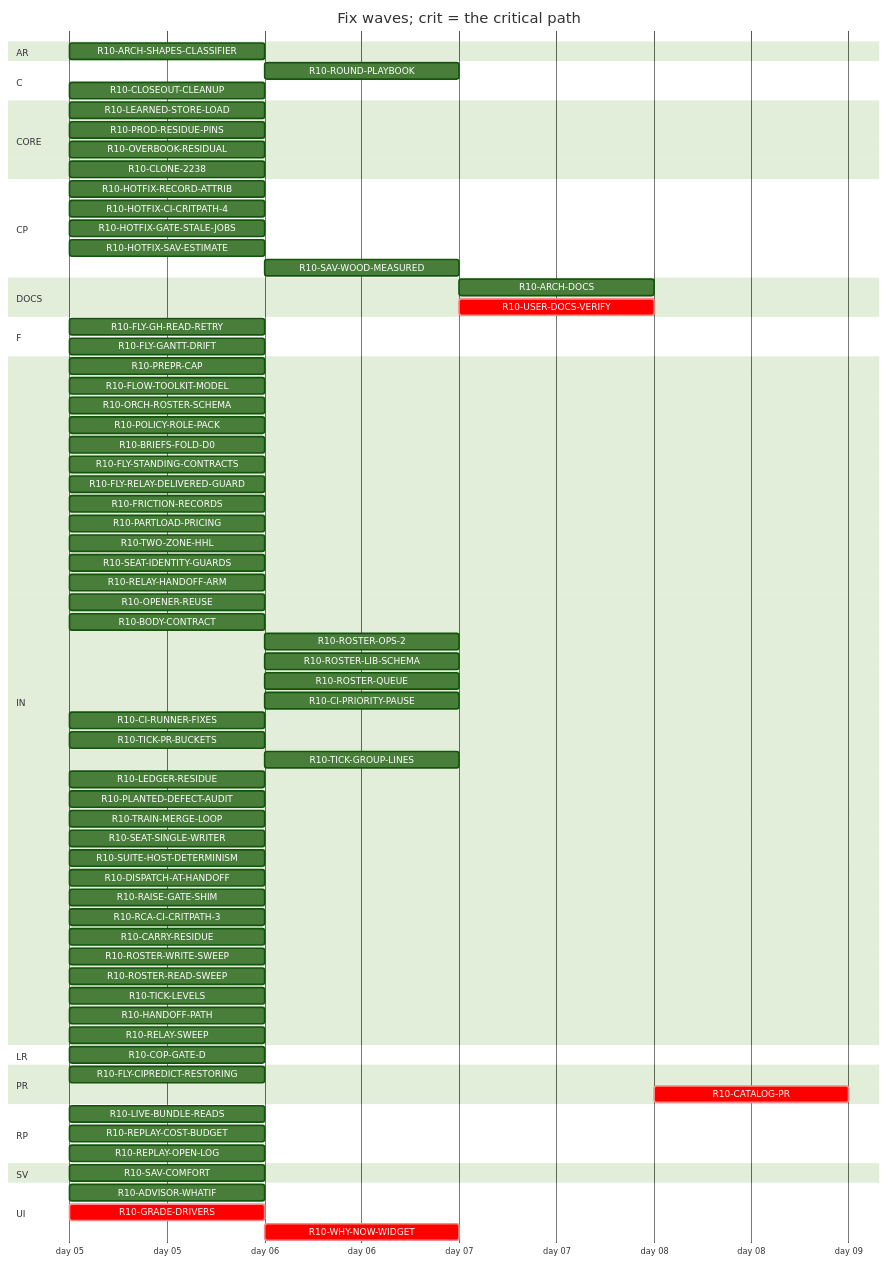
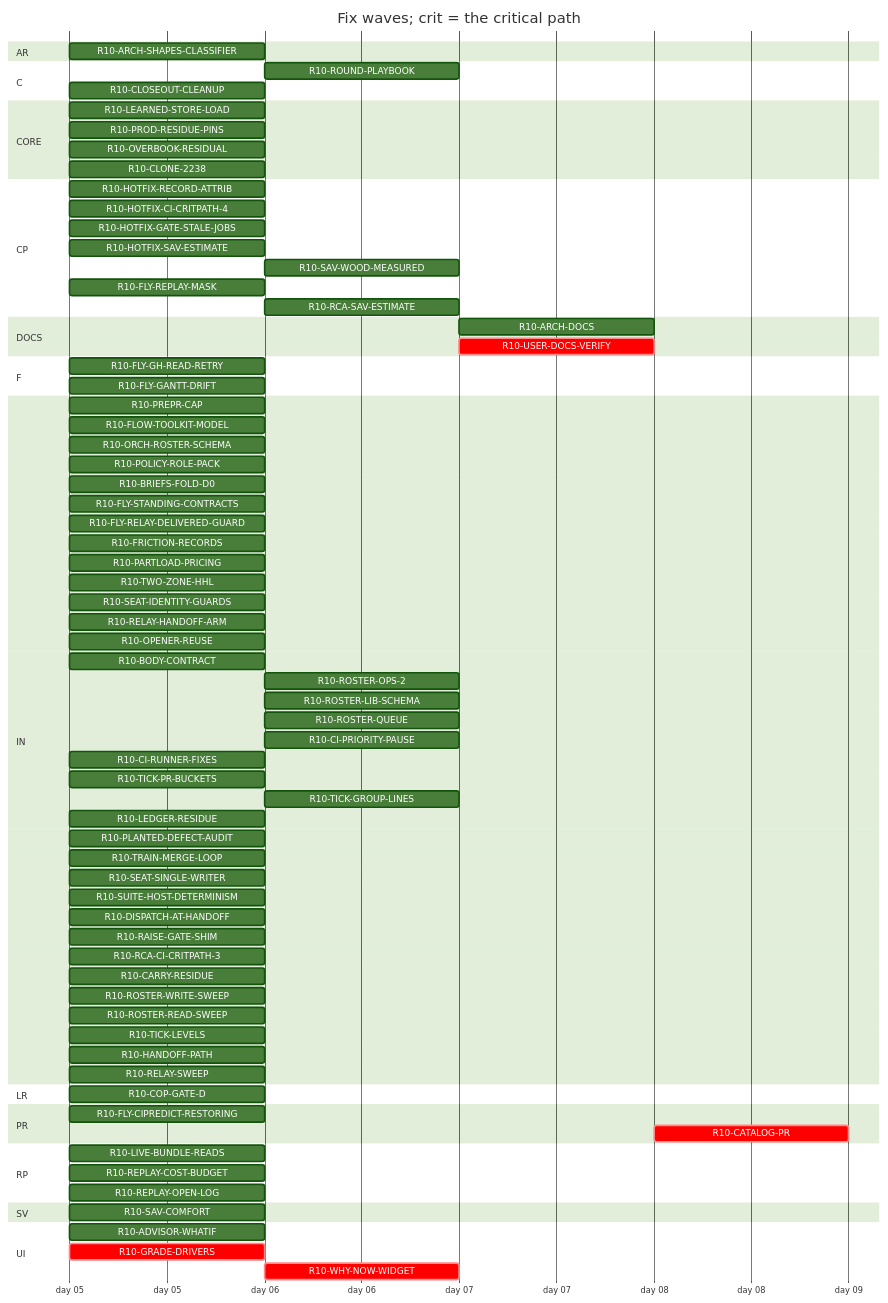
Before and after one commit to tvofi/heatpump_optimizer: the diagram in handoff/round10/state/PLAN-TABLE.md, drawn with Mermaid (forest theme). The commit also changed other lines of this file and 4 other files, not shown here.

Commit message:
state: FLOW-BOARD.md, NEXT-SESSION-PROMPT.md, PLAN-TABLE.md, PLAN.html, RESUME-CURRENT.md regenerated (state_docs.py)

````diff
--- a/handoff/round10/state/PLAN-TABLE.md
+++ b/handoff/round10/state/PLAN-TABLE.md
@@ -25,79 +25,81 @@
 ```mermaid
 gantt
   title Fix waves; crit = the critical path
   dateFormat YYYY-MM-DD
   axisFormat day %d
   section AR
     R10-ARCH-SHAPES-CLASSIFIER :r10ARCHSHAPESCLASSIFIER, 2026-01-05, 1d
   section C
     R10-ROUND-PLAYBOOK :r10ROUNDPLAYBOOK, after r10PREPRCAP r10HANDOFFPATH r10RELAYSWEEP r10TRAINMERGELOOP r10DISPATCHATHANDOFF r10BODYCONTRACT r10TICKLEVELS r10CIPRIORITYPAUSE r10ROSTERWRITESWEEP r10ROSTERREADSWEEP r10FLYSTANDINGCONTRACTS r10POLICYROLEPACK r10FRICTIONRECORDS r10FLOWTOOLKITMODEL r10SEATIDENTITYGUARDS r10LEDGERRESIDUE r10CIRUNNERFIXES r10FLYCIPREDICTRESTORING r10RAISEGATESHIM r10PLANTEDDEFECTAUDIT r10FLYGHREADRETRY r10SUITEHOSTDETERMINISM, 1d
     R10-CLOSEOUT-CLEANUP :r10CLOSEOUTCLEANUP, 2026-01-05, 1d
   section CORE
     R10-LEARNED-STORE-LOAD :r10LEARNEDSTORELOAD, 2026-01-05, 1d
     R10-PROD-RESIDUE-PINS :r10PRODRESIDUEPINS, 2026-01-05, 1d
     R10-OVERBOOK-RESIDUAL :r10OVERBOOKRESIDUAL, 2026-01-05, 1d
     R10-CLONE-2238 :r10CLONE2238, 2026-01-05, 1d
   section CP
     R10-HOTFIX-RECORD-ATTRIB :r10HOTFIXRECORDATTRIB, 2026-01-05, 1d
     R10-HOTFIX-CI-CRITPATH-4 :r10HOTFIXCICRITPATH4, 2026-01-05, 1d
     R10-HOTFIX-GATE-STALE-JOBS :r10HOTFIXGATESTALEJOBS, 2026-01-05, 1d
     R10-HOTFIX-SAV-ESTIMATE :r10HOTFIXSAVESTIMATE, 2026-01-05, 1d
     R10-SAV-WOOD-MEASURED :r10SAVWOODMEASURED, after r10HOTFIXSAVESTIMATE, 1d
+    R10-FLY-REPLAY-MASK :r10FLYREPLAYMASK, 2026-01-05, 1d
+    R10-RCA-SAV-ESTIMATE :r10RCASAVESTIMATE, after r10HOTFIXSAVESTIMATE, 1d
   section DOCS
     R10-ARCH-DOCS :r10ARCHDOCS, after r10CARRYRESIDUE r10OVERBOOKRESIDUAL r10CLONE2238 r10SAVCOMFORT r10COPGATED r10GRADEDRIVERS r10WHYNOWWIDGET r10PARTLOADPRICING r10TWOZONEHHL r10ARCHSHAPESCLASSIFIER r10ADVISORWHATIF r10LEARNEDSTORELOAD r10PRODRESIDUEPINS r10LIVEBUNDLEREADS r10REPLAYCOSTBUDGET r10REPLAYOPENLOG r10PREPRCAP r10HANDOFFPATH r10RELAYSWEEP r10TRAINMERGELOOP r10DISPATCHATHANDOFF r10BODYCONTRACT r10TICKLEVELS r10CIPRIORITYPAUSE r10ROSTERWRITESWEEP r10ROSTERREADSWEEP r10FLYSTANDINGCONTRACTS r10POLICYROLEPACK r10FRICTIONRECORDS r10FLOWTOOLKITMODEL r10SEATIDENTITYGUARDS r10LEDGERRESIDUE r10CIRUNNERFIXES r10FLYCIPREDICTRESTORING r10RAISEGATESHIM r10PLANTEDDEFECTAUDIT r10FLYGHREADRETRY r10SUITEHOSTDETERMINISM, 1d
     R10-USER-DOCS-VERIFY :crit, r10USERDOCSVERIFY, after r10CARRYRESIDUE r10OVERBOOKRESIDUAL r10CLONE2238 r10SAVCOMFORT r10COPGATED r10GRADEDRIVERS r10WHYNOWWIDGET r10PARTLOADPRICING r10TWOZONEHHL r10ARCHSHAPESCLASSIFIER r10ADVISORWHATIF r10LEARNEDSTORELOAD r10PRODRESIDUEPINS r10LIVEBUNDLEREADS r10REPLAYCOSTBUDGET r10REPLAYOPENLOG, 1d
   section F
     R10-FLY-GH-READ-RETRY :r10FLYGHREADRETRY, 2026-01-05, 1d
     R10-FLY-GANTT-DRIFT :r10FLYGANTTDRIFT, 2026-01-05, 1d
   section IN
     R10-PREPR-CAP :r10PREPRCAP, 2026-01-05, 1d
     R10-FLOW-TOOLKIT-MODEL :r10FLOWTOOLKITMODEL, 2026-01-05, 1d
     R10-ORCH-ROSTER-SCHEMA :r10ORCHROSTERSCHEMA, 2026-01-05, 1d
     R10-POLICY-ROLE-PACK :r10POLICYROLEPACK, 2026-01-05, 1d
     R10-BRIEFS-FOLD-D0 :r10BRIEFSFOLDD0, 2026-01-05, 1d
     R10-FLY-STANDING-CONTRACTS :r10FLYSTANDINGCONTRACTS, 2026-01-05, 1d
     R10-FLY-RELAY-DELIVERED-GUARD :r10FLYRELAYDELIVEREDGUARD, 2026-01-05, 1d
     R10-FRICTION-RECORDS :r10FRICTIONRECORDS, 2026-01-05, 1d
     R10-PARTLOAD-PRICING :r10PARTLOADPRICING, 2026-01-05, 1d
     R10-TWO-ZONE-HHL :r10TWOZONEHHL, 2026-01-05, 1d
     R10-SEAT-IDENTITY-GUARDS :r10SEATIDENTITYGUARDS, 2026-01-05, 1d
     R10-RELAY-HANDOFF-ARM :r10RELAYHANDOFFARM, 2026-01-05, 1d
     R10-OPENER-REUSE :r10OPENERREUSE, 2026-01-05, 1d
     R10-BODY-CONTRACT :r10BODYCONTRACT, 2026-01-05, 1d
     R10-ROSTER-OPS-2 :r10ROSTEROPS2, after r10ORCHROSTERSCHEMA, 1d
     R10-ROSTER-LIB-SCHEMA :r10ROSTERLIBSCHEMA, after r10ORCHROSTERSCHEMA, 1d
     R10-ROSTER-QUEUE :r10ROSTERQUEUE, after r10ORCHROSTERSCHEMA, 1d
     R10-CI-PRIORITY-PAUSE :r10CIPRIORITYPAUSE, after r10TICKLEVELS, 1d
     R10-CI-RUNNER-FIXES :r10CIRUNNERFIXES, 2026-01-05, 1d
     R10-TICK-PR-BUCKETS :r10TICKPRBUCKETS, 2026-01-05, 1d
     R10-TICK-GROUP-LINES :r10TICKGROUPLINES, after r10ORCHROSTERSCHEMA, 1d
     R10-LEDGER-RESIDUE :r10LEDGERRESIDUE, 2026-01-05, 1d
     R10-PLANTED-DEFECT-AUDIT :r10PLANTEDDEFECTAUDIT, 2026-01-05, 1d
     R10-TRAIN-MERGE-LOOP :r10TRAINMERGELOOP, 2026-01-05, 1d
     R10-SEAT-SINGLE-WRITER :r10SEATSINGLEWRITER, 2026-01-05, 1d
     R10-SUITE-HOST-DETERMINISM :r10SUITEHOSTDETERMINISM, 2026-01-05, 1d
     R10-DISPATCH-AT-HANDOFF :r10DISPATCHATHANDOFF, 2026-01-05, 1d
     R10-RAISE-GATE-SHIM :r10RAISEGATESHIM, 2026-01-05, 1d
     R10-RCA-CI-CRITPATH-3 :r10RCACICRITPATH3, 2026-01-05, 1d
     R10-CARRY-RESIDUE :r10CARRYRESIDUE, 2026-01-05, 1d
     R10-ROSTER-WRITE-SWEEP :r10ROSTERWRITESWEEP, 2026-01-05, 1d
     R10-ROSTER-READ-SWEEP :r10ROSTERREADSWEEP, 2026-01-05, 1d
     R10-TICK-LEVELS :r10TICKLEVELS, 2026-01-05, 1d
     R10-HANDOFF-PATH :r10HANDOFFPATH, 2026-01-05, 1d
     R10-RELAY-SWEEP :r10RELAYSWEEP, 2026-01-05, 1d
   section LR
     R10-COP-GATE-D :r10COPGATED, 2026-01-05, 1d
   section PR
     R10-FLY-CIPREDICT-RESTORING :r10FLYCIPREDICTRESTORING, 2026-01-05, 1d
     R10-CATALOG-PR :crit, r10CATALOGPR, after r10USERDOCSVERIFY r10ARCHDOCS r10ROUNDPLAYBOOK r10CLOSEOUTCLEANUP, 1d
   section RP
     R10-LIVE-BUNDLE-READS :r10LIVEBUNDLEREADS, 2026-01-05, 1d
     R10-REPLAY-COST-BUDGET :r10REPLAYCOSTBUDGET, 2026-01-05, 1d
     R10-REPLAY-OPEN-LOG :r10REPLAYOPENLOG, 2026-01-05, 1d
   section SV
     R10-SAV-COMFORT :r10SAVCOMFORT, 2026-01-05, 1d
   section UI
     R10-ADVISOR-WHATIF :r10ADVISORWHATIF, 2026-01-05, 1d
     R10-GRADE-DRIVERS :crit, r10GRADEDRIVERS, 2026-01-05, 1d
     R10-WHY-NOW-WIDGET :crit, r10WHYNOWWIDGET, after r10GRADEDRIVERS, 1d
 ```
````
